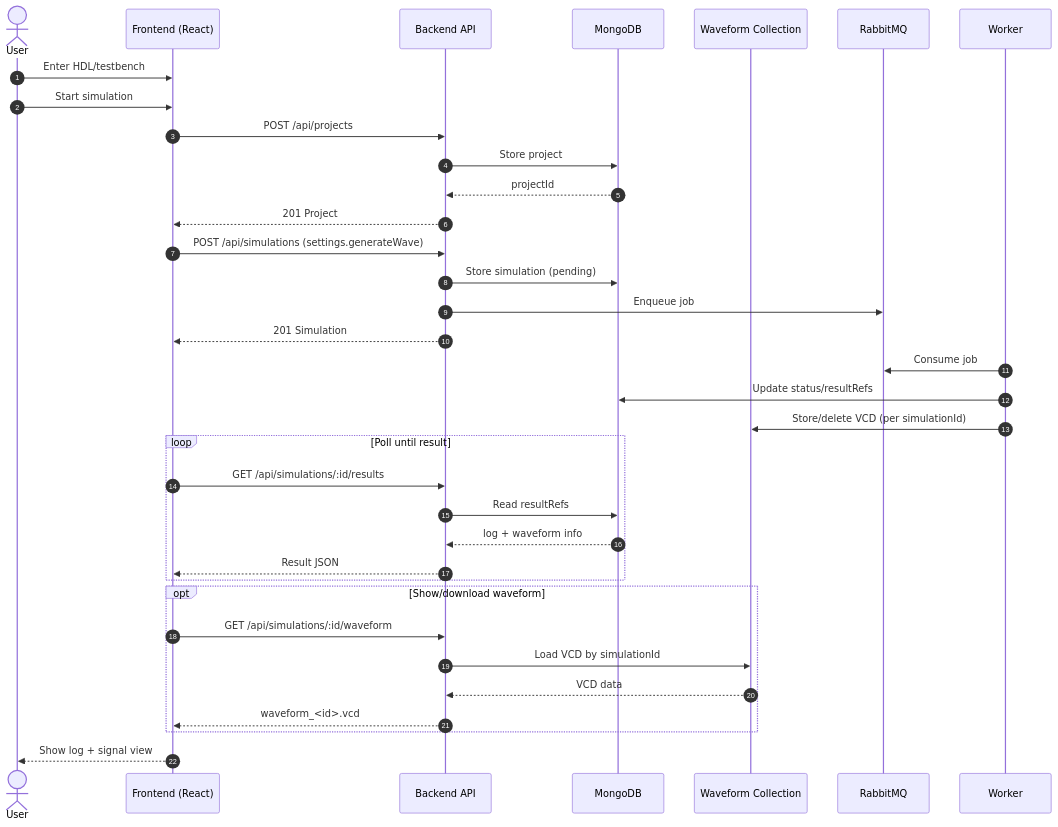
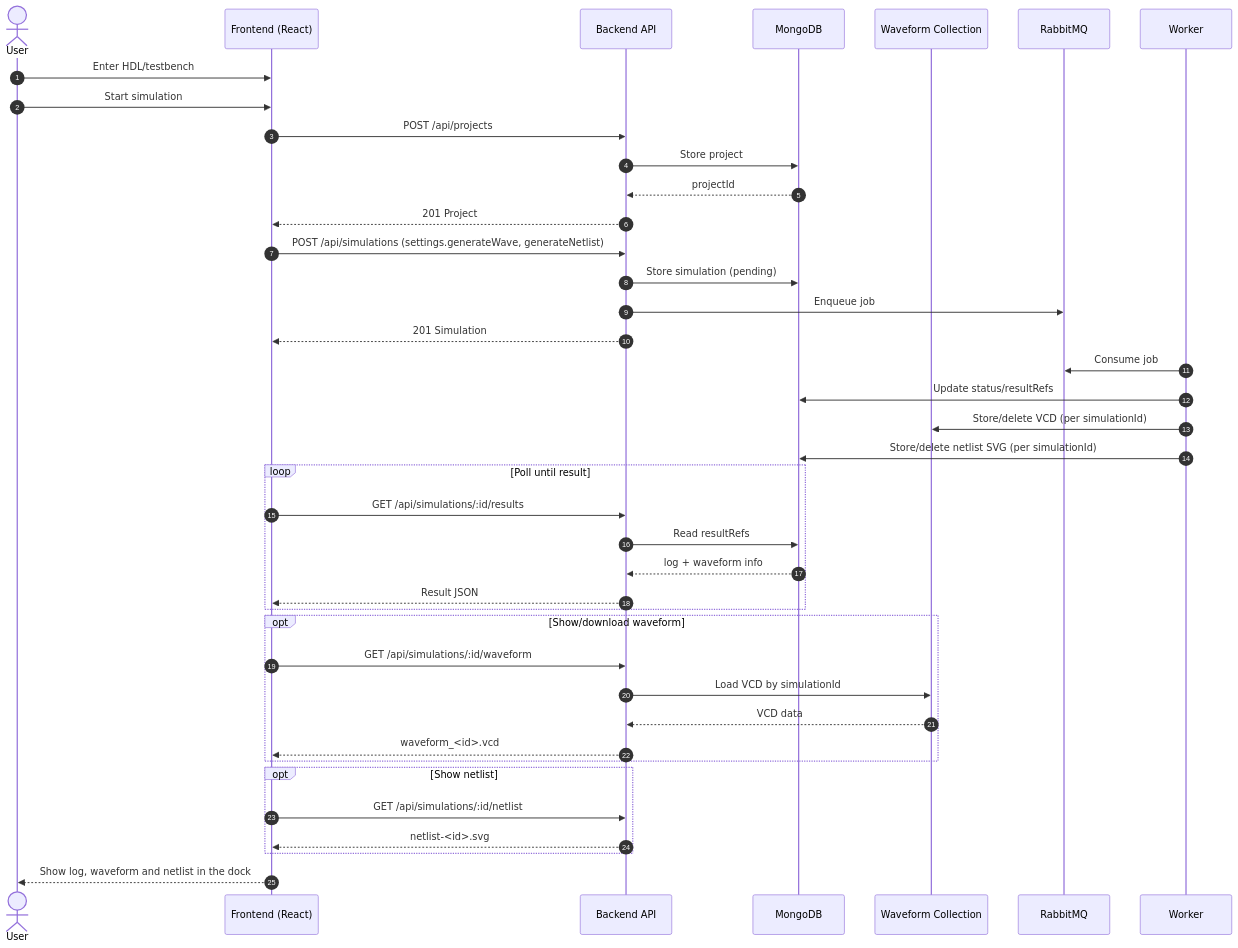
The second of 2 diagrams in apps/frontend/README.md (TrainWayne97/HDLab), drawn with Mermaid before and after one commit. The commit also changed other lines of this file and 7 other files, not shown here.

````diff
--- a/apps/frontend/README.md
+++ b/apps/frontend/README.md
@@ -386,44 +444,50 @@
 ```mermaid
 sequenceDiagram
 		autonumber
 		actor U as User
 		participant FE as Frontend (React)
 		participant BE as Backend API
 		participant DB as MongoDB
 		participant WF as Waveform Collection
 		participant MQ as RabbitMQ
 		participant WK as Worker
 
 		U->>FE: Enter HDL/testbench
 		U->>FE: Start simulation
 
 		FE->>BE: POST /api/projects
 		BE->>DB: Store project
 		DB-->>BE: projectId
 		BE-->>FE: 201 Project
 
-		FE->>BE: POST /api/simulations (settings.generateWave)
+		FE->>BE: POST /api/simulations (settings.generateWave, generateNetlist)
 		BE->>DB: Store simulation (pending)
 		BE->>MQ: Enqueue job
 		BE-->>FE: 201 Simulation
 
 		WK->>MQ: Consume job
 		WK->>DB: Update status/resultRefs
 		WK->>WF: Store/delete VCD (per simulationId)
+		WK->>DB: Store/delete netlist SVG (per simulationId)
 
 		loop Poll until result
 				FE->>BE: GET /api/simulations/:id/results
 				BE->>DB: Read resultRefs
 				DB-->>BE: log + waveform info
 				BE-->>FE: Result JSON
 		end
 
 		opt Show/download waveform
 				FE->>BE: GET /api/simulations/:id/waveform
 				BE->>WF: Load VCD by simulationId
 				WF-->>BE: VCD data
 				BE-->>FE: waveform_<id>.vcd
 		end
 
-		FE-->>U: Show log + signal view
+		opt Show netlist
+				FE->>BE: GET /api/simulations/:id/netlist
+				BE-->>FE: netlist-<id>.svg
+		end
+
+		FE-->>U: Show log, waveform and netlist in the dock
 ```
````
